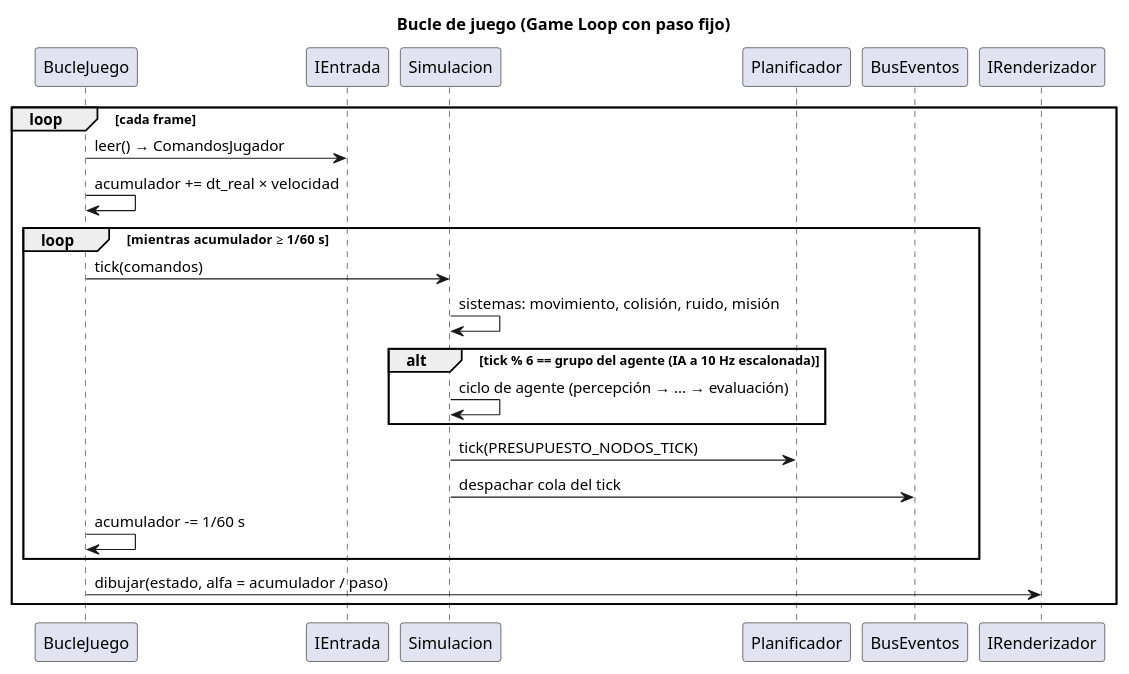
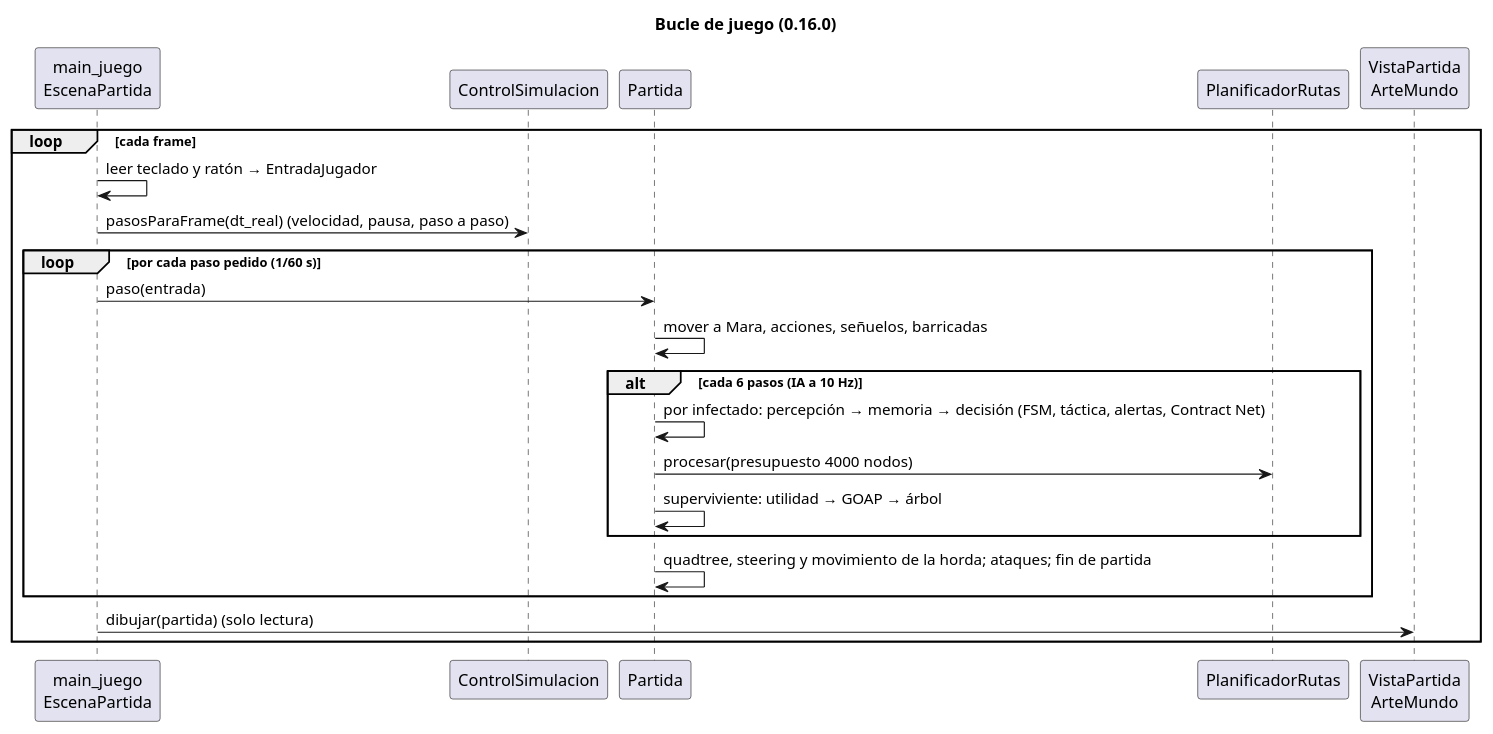
One commit to Daniel0442123/ElUltimoRefugio changed the fifth of 9 diagrams in docs/07_arquitectura_arc42.md. Above: the diagram before and after it, drawn with PlantUML. The commit also changed other lines of this file and 21 other files, not shown here.

First line of the commit message:
Actualizar documentación y trazabilidad al estado real de 0.16.0

````diff
--- a/docs/07_arquitectura_arc42.md
+++ b/docs/07_arquitectura_arc42.md
@@ -333,26 +346,25 @@
 ```plantuml
 @startuml Bucle
-title Bucle de juego (Game Loop con paso fijo)
-participant BucleJuego
-participant IEntrada
-participant Simulacion
-participant Planificador
-participant BusEventos
-participant IRenderizador
+title Bucle de juego (0.16.0)
+participant "main_juego\nEscenaPartida" as App
+participant ControlSimulacion as Ctl
+participant Partida
+participant PlanificadorRutas as Plan
+participant "VistaPartida\nArteMundo" as Vista
 loop cada frame
-  BucleJuego -> IEntrada : leer() → ComandosJugador
-  BucleJuego -> BucleJuego : acumulador += dt_real × velocidad
-  loop mientras acumulador ≥ 1/60 s
-    BucleJuego -> Simulacion : tick(comandos)
-    Simulacion -> Simulacion : sistemas: movimiento, colisión, ruido, misión
-    alt tick % 6 == grupo del agente (IA a 10 Hz escalonada)
-      Simulacion -> Simulacion : ciclo de agente (percepción → … → evaluación)
+  App -> App : leer teclado y ratón → EntradaJugador
+  App -> Ctl : pasosParaFrame(dt_real) (velocidad, pausa, paso a paso)
+  loop por cada paso pedido (1/60 s)
+    App -> Partida : paso(entrada)
+    Partida -> Partida : mover a Mara, acciones, señuelos, barricadas
+    alt cada 6 pasos (IA a 10 Hz)
+      Partida -> Partida : por infectado: percepción → memoria → decisión (FSM, táctica, alertas, Contract Net)
+      Partida -> Plan : procesar(presupuesto 4000 nodos)
+      Partida -> Partida : superviviente: utilidad → GOAP → árbol
     end
-    Simulacion -> Planificador : tick(PRESUPUESTO_NODOS_TICK)
-    Simulacion -> BusEventos : despachar cola del tick
-    BucleJuego -> BucleJuego : acumulador -= 1/60 s
+    Partida -> Partida : quadtree, steering y movimiento de la horda; ataques; fin de partida
   end
-  BucleJuego -> IRenderizador : dibujar(estado, alfa = acumulador / paso)
+  App -> Vista : dibujar(partida) (solo lectura)
 end
 @enduml
 ```
````
